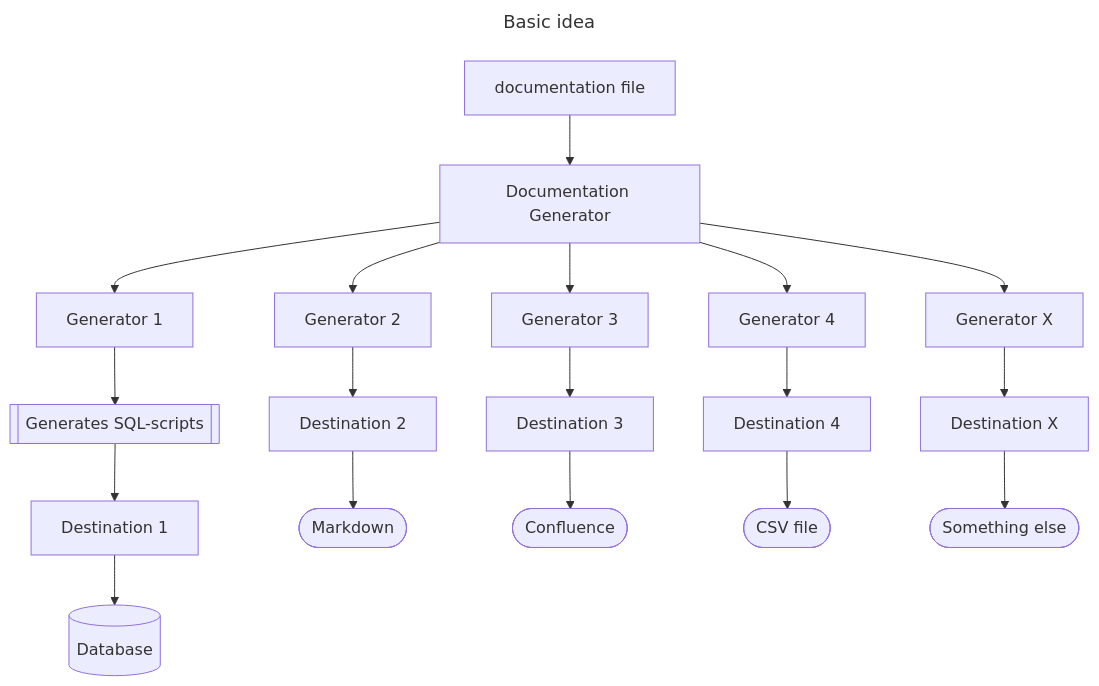
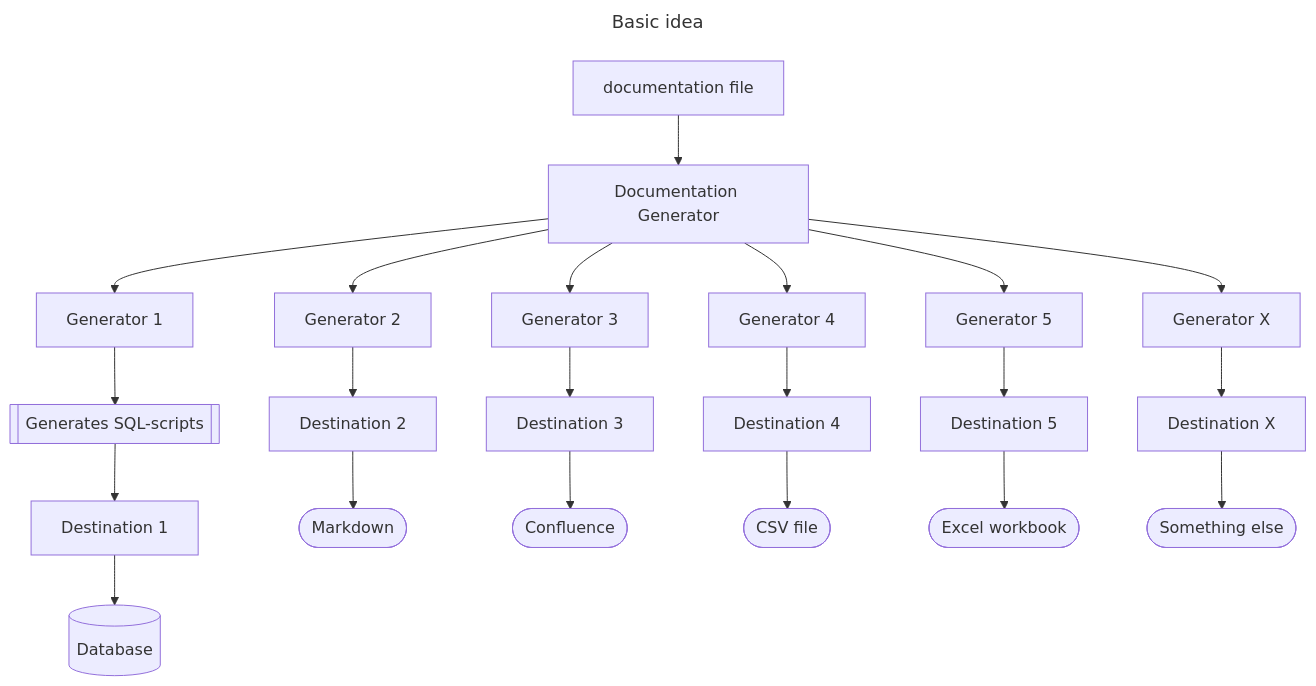
The diagram in README.md (patrickfust/documentation-generator), drawn with Mermaid before and after one commit. The commit also changed other lines of this file and 4 other files, not shown here.

````diff
--- a/README.md
+++ b/README.md
@@ -32,51 +33,59 @@
 ```mermaid
 ---
 title: Basic idea
 ---
 flowchart TD
   docFile["documentation file"]  
   docgen["Documentation Generator"]
   generator1["Generator 1"]
   generator1Generate[[Generates SQL-scripts]]
   destination1["Destination 1"]
   database[(Database)]
   
   generator2["Generator 2"]
   destination2["Destination 2"]
   markdown(["Markdown"])
   
   generator3["Generator 3"]
   destination3["Destination 3"]
   confluence(["Confluence"])
   
   generator4["Generator 4"]
   destination4["Destination 4"]
   csv(["CSV file"])
   
+  generator5["Generator 5"]
+  destination5["Destination 5"]
+  excel(["Excel workbook"])
+  
   generatorX["Generator X"]
   destinationX["Destination X"]
   something(["Something else"])
 
   docFile --> docgen
   docgen --> generator1
   docgen --> generator2
   docgen --> generator3
   docgen --> generator4
+  docgen --> generator5
   docgen --> generatorX
   
   generator1 --> generator1Generate
   generator1Generate --> destination1
   destination1 --> database
   
   generator2 --> destination2
   destination2 --> markdown
   
   generator3 --> destination3
   destination3 --> confluence
   
   generator4 --> destination4
   destination4 --> csv
   
+  generator5 --> destination5
+  destination5 --> excel
+  
   generatorX --> destinationX
   destinationX --> something
 ```
````
